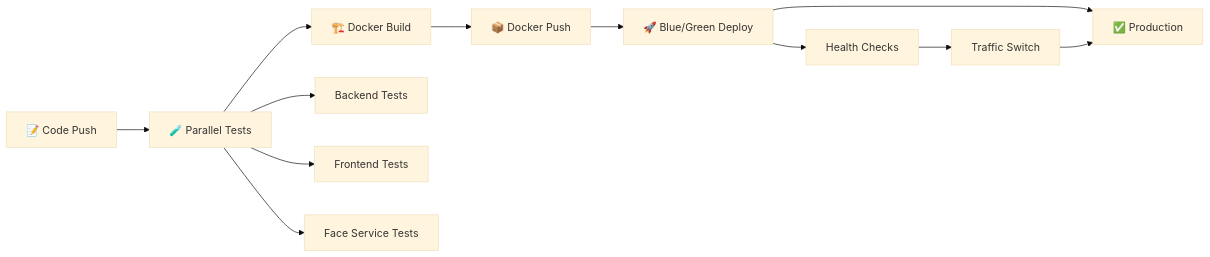
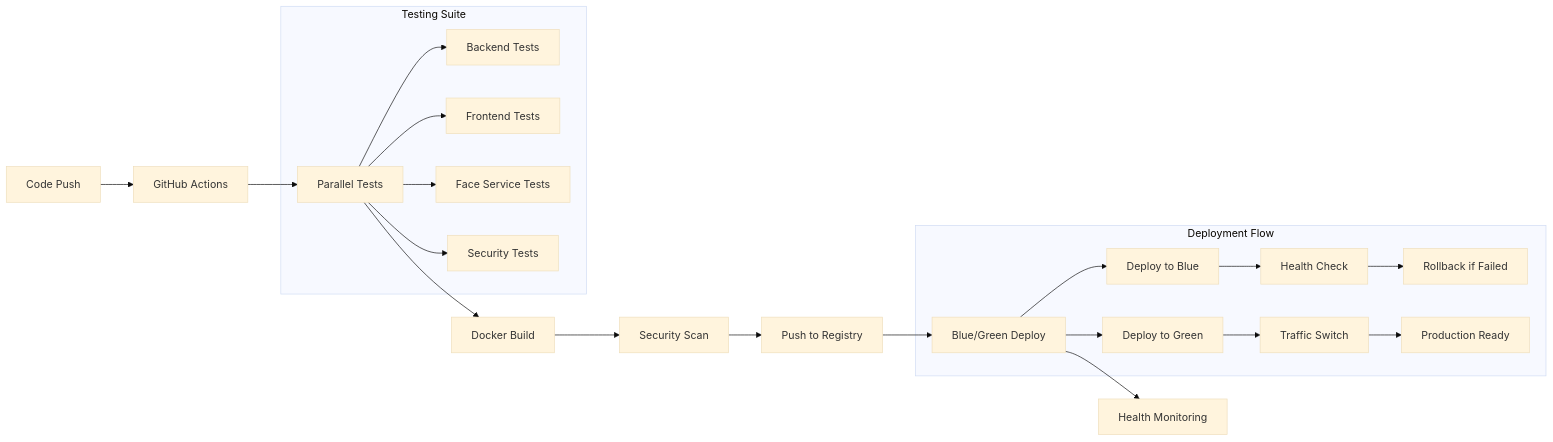
Before and after one commit to bayarmaa01/capstone1.1: the second of 6 diagrams in README.md, drawn with Mermaid (base theme). The commit also changed other lines of this file, not shown here.

First line of the commit message:
docs: enhance README.md with comprehensive architecture diagrams and workflows

````diff
--- a/README.md
+++ b/README.md
@@ -105,16 +104,26 @@
 ```mermaid
 graph LR
-    Code[📝 Code Push] --> Test[🧪 Parallel Tests]
-    Test --> Build[🏗️ Docker Build]
-    Build --> Push[📦 Docker Push]
-    Push --> Deploy[🚀 Blue/Green Deploy]
-    Deploy --> Prod[✅ Production]
+    Code[Code Push] --> GitHub[GitHub Actions]
+    GitHub --> Tests[Parallel Tests]
+    Tests --> Build[Docker Build]
+    Build --> Security[Security Scan]
+    Security --> Push[Push to Registry]
+    Push --> Deploy[Blue/Green Deploy]
+    Deploy --> Monitor[Health Monitoring]
     
-    Test --> Backend[Backend Tests]
-    Test --> Frontend[Frontend Tests]
-    Test --> Face[Face Service Tests]
+    subgraph "Testing Suite"
+        Tests --> Backend[Backend Tests]
+        Tests --> Frontend[Frontend Tests]
+        Tests --> Face[Face Service Tests]
+        Tests --> SecurityTests[Security Tests]
+    end
     
-    Deploy --> Health[Health Checks]
-    Health --> Switch[Traffic Switch]
-    Switch --> Prod
+    subgraph "Deployment Flow"
+        Deploy --> BlueDeploy[Deploy to Blue]
+        Deploy --> GreenDeploy[Deploy to Green]
+        BlueDeploy --> HealthCheck[Health Check]
+        GreenDeploy --> TrafficSwitch[Traffic Switch]
+        HealthCheck --> Rollback[Rollback if Failed]
+        TrafficSwitch --> Production[Production Ready]
+    end
 ```
````
